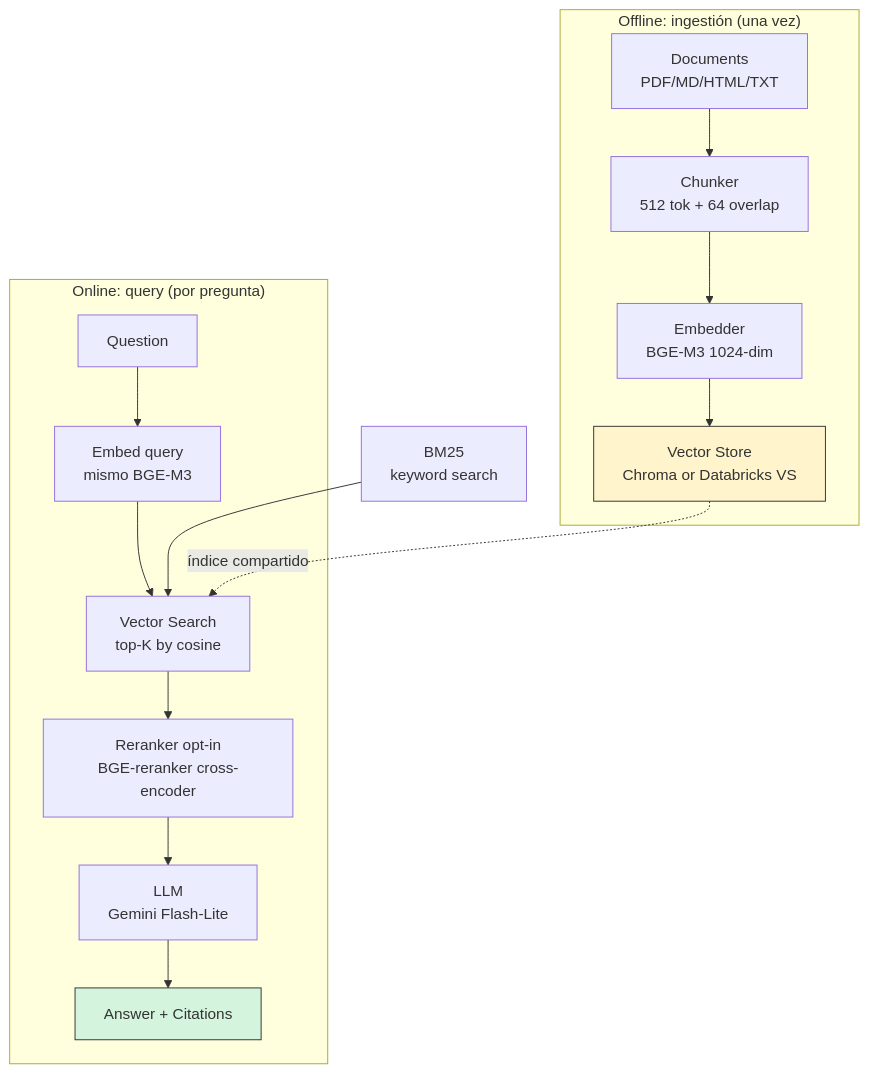
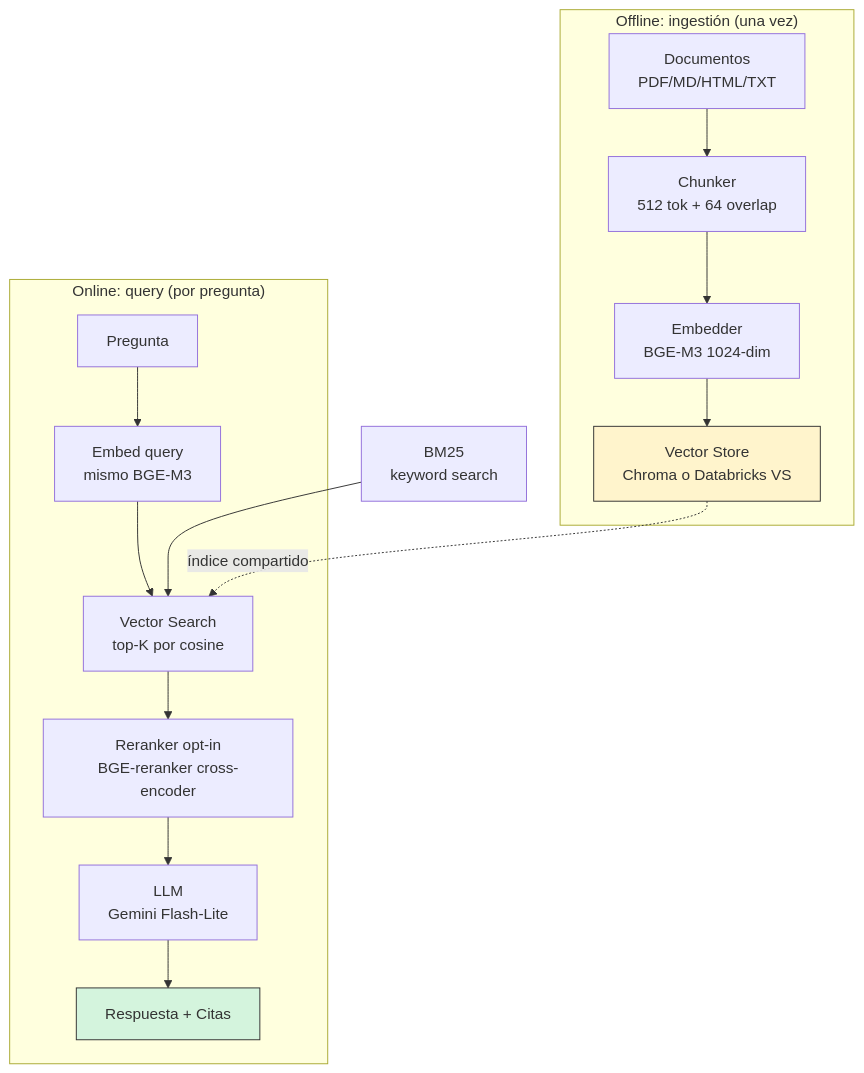
One commit to franco18min/rag-docs changed the diagram in docs/diagrams/architecture.md. Above: the diagram before and after it, drawn with Mermaid. The commit also changed other lines of this file and 13 other files, not shown here.

````diff
--- a/docs/diagrams/architecture.md
+++ b/docs/diagrams/architecture.md
@@ -100,23 +100,23 @@
 ```mermaid
 flowchart TB
     subgraph offline["Offline: ingestión (una vez)"]
-        A[Documents<br/>PDF/MD/HTML/TXT] --> B[Chunker<br/>512 tok + 64 overlap]
+        A[Documentos<br/>PDF/MD/HTML/TXT] --> B[Chunker<br/>512 tok + 64 overlap]
         B --> C[Embedder<br/>BGE-M3 1024-dim]
-        C --> D[Vector Store<br/>Chroma or Databricks VS]
+        C --> D[Vector Store<br/>Chroma o Databricks VS]
     end
 
     subgraph online["Online: query (por pregunta)"]
-        E[Question] --> F[Embed query<br/>mismo BGE-M3]
-        F --> G[Vector Search<br/>top-K by cosine]
+        E[Pregunta] --> F[Embed query<br/>mismo BGE-M3]
+        F --> G[Vector Search<br/>top-K por cosine]
         G --> H[Reranker opt-in<br/>BGE-reranker cross-encoder]
         H --> I[LLM<br/>Gemini Flash-Lite]
-        I --> J[Answer + Citations]
+        I --> J[Respuesta + Citas]
     end
 
     D -. índice compartido .-> G
 
     K[BM25<br/>keyword search] --> G
 
     style D fill:#fff4cc,stroke:#333
     style J fill:#d4f4dd,stroke:#333
 ```
````
